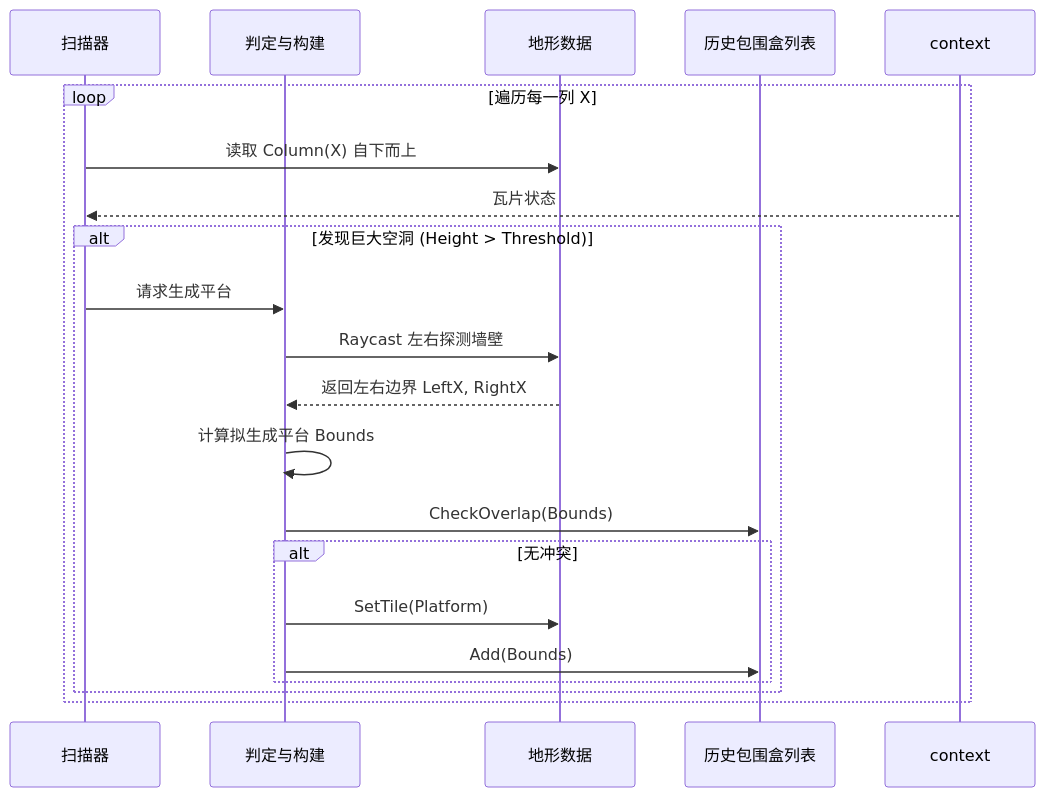
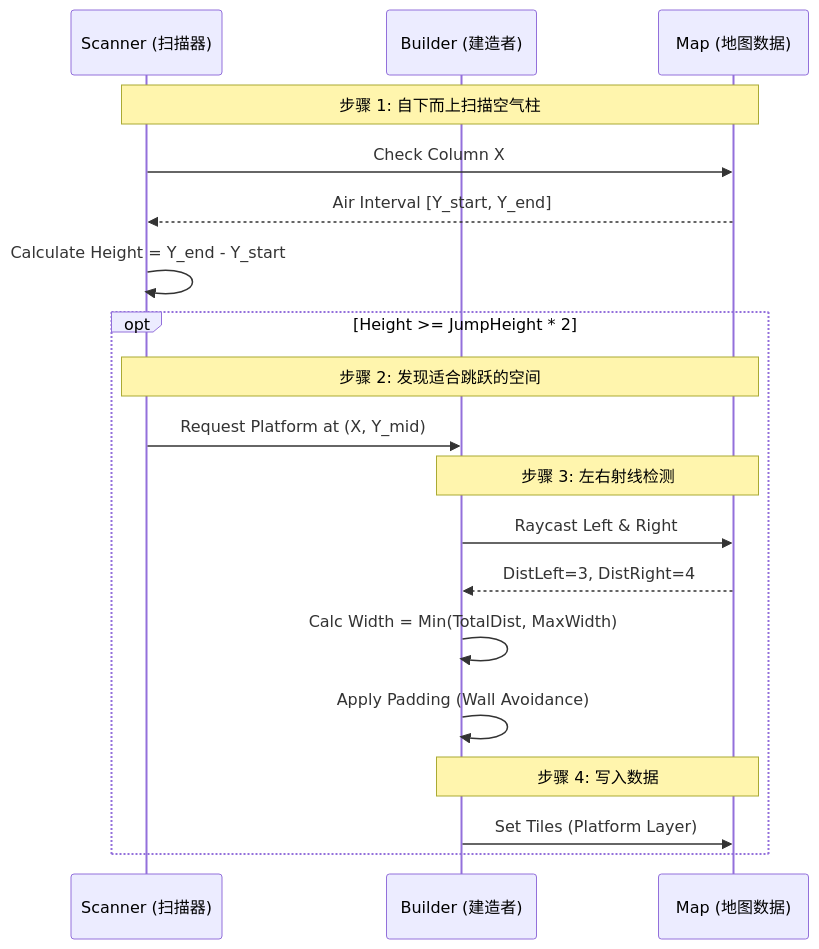
Before and after one commit to EstellaNines/Crypta-Geometrica-RE: the third of 3 diagrams in 1_Scripts/3_LevelGeneration/LevelGenerationV4/docs/LevelGenerationV4_TechWhitePaper.md, drawn with Mermaid. The commit also changed other lines of this file and 10 other files, not shown here.

````diff
--- a/1_Scripts/3_LevelGeneration/LevelGenerationV4/docs/LevelGenerationV4_TechWhitePaper.md
+++ b/1_Scripts/3_LevelGeneration/LevelGenerationV4/docs/LevelGenerationV4_TechWhitePaper.md
@@ -215,26 +280,27 @@
 ```mermaid
 sequenceDiagram
-    participant Scanner as 扫描器
-    participant Logic as 判定与构建
-    participant Context as 地形数据
-    participant History as 历史包围盒列表
+    participant S as Scanner (扫描器)
+    participant A as Builder (建造者)
+    participant M as Map (地图数据)
 
-    loop 遍历每一列 X
-        Scanner->>Context: 读取 Column(X) 自下而上
-        context-->>Scanner: 瓦片状态
+    Note over S,M: 步骤 1: 自下而上扫描空气柱
+    S->>M: Check Column X
+    M-->>S: Air Interval [Y_start, Y_end]
 
-        alt 发现巨大空洞 (Height > Threshold)
-            Scanner->>Logic: 请求生成平台
-            Logic->>Context: Raycast 左右探测墙壁
-            Context-->>Logic: 返回左右边界 LeftX, RightX
+    S->>S: Calculate Height = Y_end - Y_start
 
-            Logic->>Logic: 计算拟生成平台 Bounds
-            Logic->>History: CheckOverlap(Bounds)
+    opt Height >= JumpHeight * 2
+        Note over S,M: 步骤 2: 发现适合跳跃的空间
+        S->>A: Request Platform at (X, Y_mid)
 
-            alt 无冲突
-                Logic->>Context: SetTile(Platform)
-                Logic->>History: Add(Bounds)
-            end
-        end
+        Note over A,M: 步骤 3: 左右射线检测
+        A->>M: Raycast Left & Right
+        M-->>A: DistLeft=3, DistRight=4
+
+        A->>A: Calc Width = Min(TotalDist, MaxWidth)
+        A->>A: Apply Padding (Wall Avoidance)
+
+        Note over A,M: 步骤 4: 写入数据
+        A->>M: Set Tiles (Platform Layer)
     end
 ```
````
